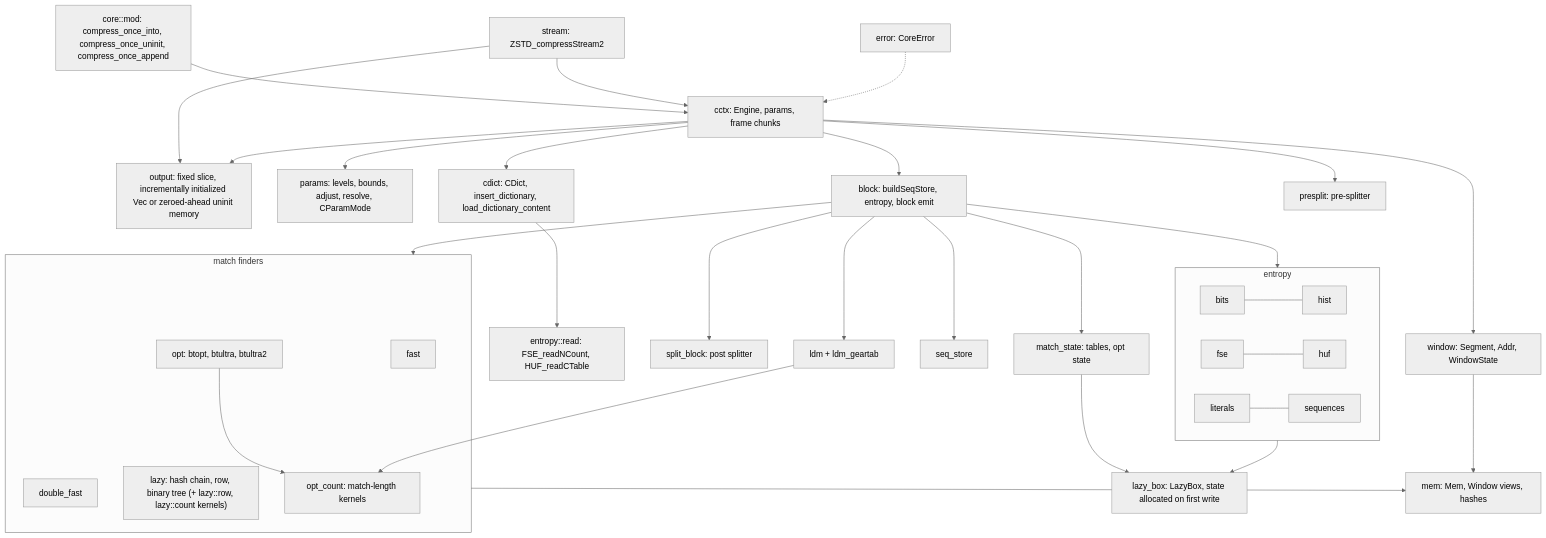
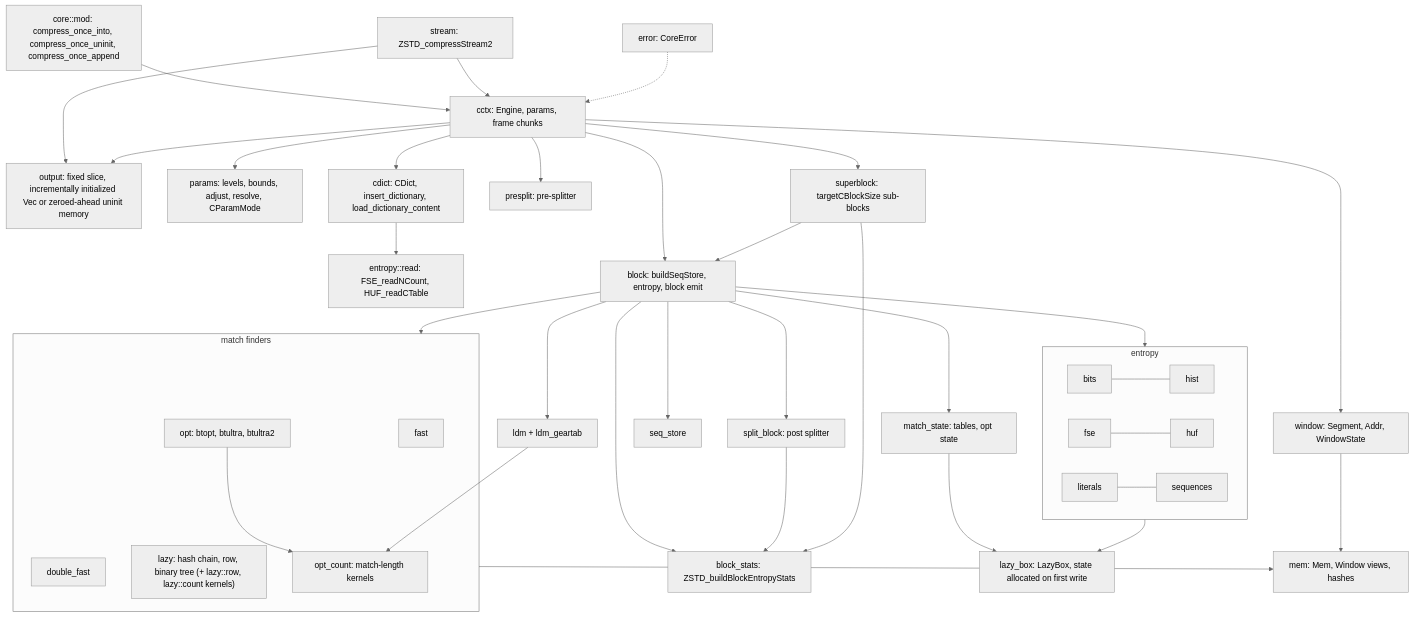
The first of 18 diagrams in architecture/encoder-core.md (M-Compressors/mzstd), drawn with Mermaid (neutral theme) before and after one commit. The commit also changed other lines of this file and 390 other files, not shown here.

````diff
--- a/architecture/encoder-core.md
+++ b/architecture/encoder-core.md
@@ -14,38 +14,43 @@
 ```mermaid
 graph TD
     Mod["core::mod: compress_once_into, compress_once_uninit, compress_once_append"] --> Cctx[cctx: Engine, params, frame chunks]
     Stream[stream: ZSTD_compressStream2] --> Cctx
     Stream --> Output
     Cctx --> Params[params: levels, bounds, adjust, resolve, CParamMode]
     Cctx --> CDict["cdict: CDict, insert_dictionary, load_dictionary_content"]
     CDict --> Read["entropy::read: FSE_readNCount, HUF_readCTable"]
     Cctx --> Window[window: Segment, Addr, WindowState]
     Cctx --> Block[block: buildSeqStore, entropy, block emit]
     Cctx --> Output["output: fixed slice, incrementally initialized Vec or zeroed-ahead uninit memory"]
     Cctx --> Presplit[presplit: pre-splitter]
     Block --> Split[split_block: post splitter]
+    Block --> Stats["block_stats: ZSTD_buildBlockEntropyStats"]
+    Split --> Stats
+    Cctx --> Super["superblock: targetCBlockSize sub-blocks"]
+    Super --> Block
+    Super --> Stats
     Block --> MS[match_state: tables, opt state]
     MS --> LB["lazy_box: LazyBox, state allocated on first write"]
     Entropy --> LB
     Block --> Finders
     subgraph Finders[match finders]
         Fast[fast]
         DFast[double_fast]
         Lazy["lazy: hash chain, row, binary tree (+ lazy::row, lazy::count kernels)"]
         Opt["opt: btopt, btultra, btultra2"]
         OptCount["opt_count: match-length kernels"]
         Opt --> OptCount
     end
     Block --> Ldm[ldm + ldm_geartab]
     Ldm --> OptCount
     Block --> Seq[seq_store]
     Block --> Entropy
     subgraph Entropy[entropy]
         Bits[bits] --- Hist[hist]
         Fse[fse] --- Huf[huf]
         Lit[literals] --- Seqs[sequences]
     end
     Finders --> Mem["mem: Mem, Window views, hashes"]
     Window --> Mem
     Error[error: CoreError] -.-> Cctx
 ```
````
